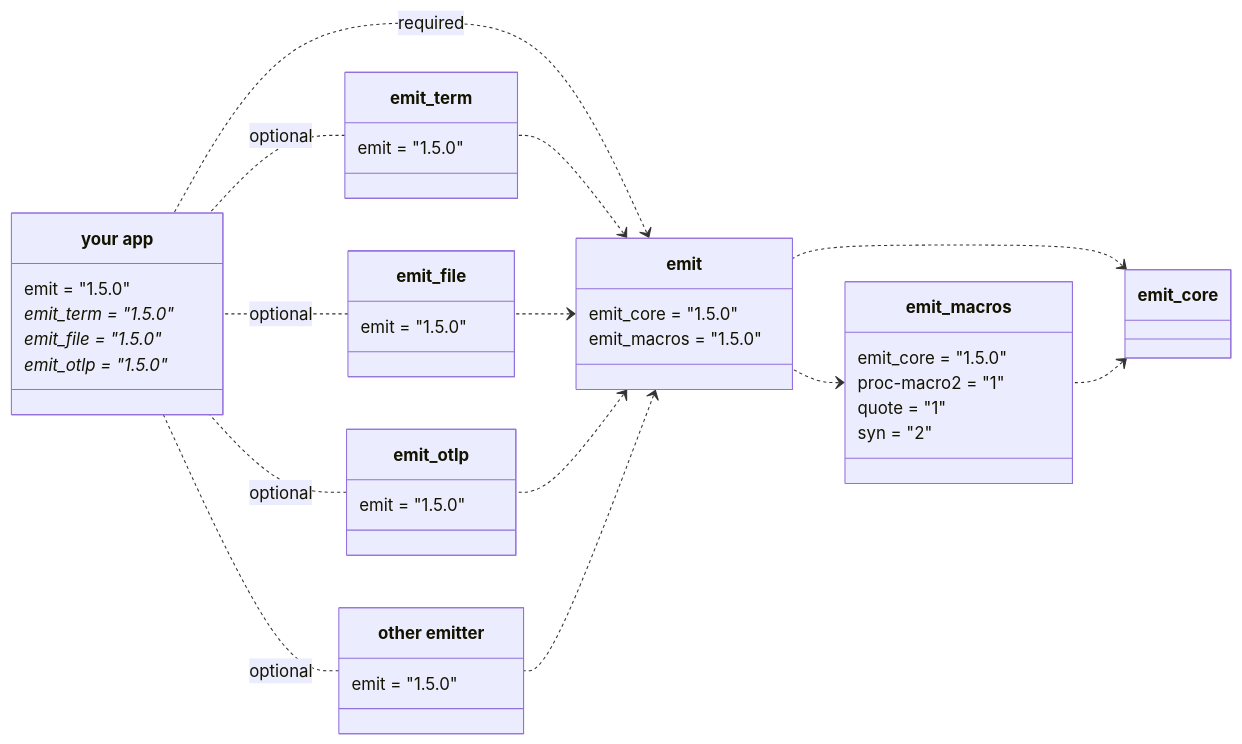
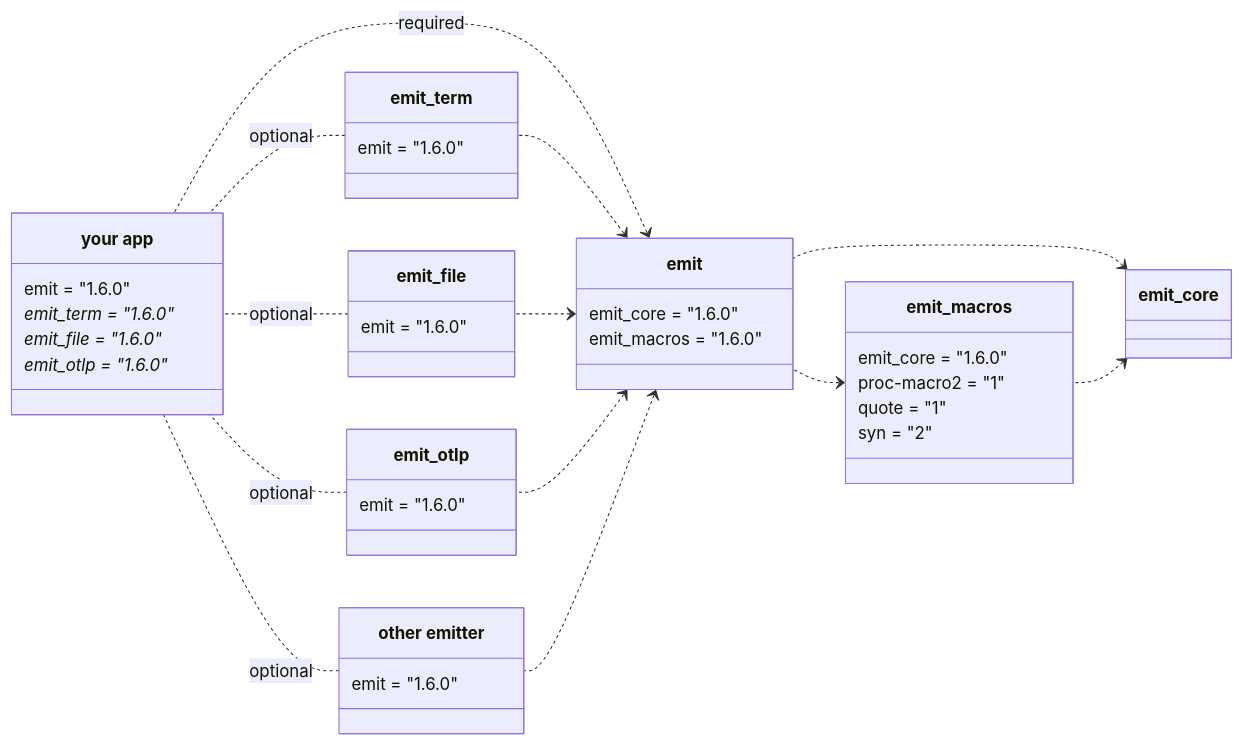
One commit to emit-rs/emit changed the first of 5 diagrams in book/src/reference/architecture.md. Above: the diagram before and after it, drawn with Mermaid. The commit also changed other lines of this file and 61 other files, not shown here.

````diff
--- a/book/src/reference/architecture.md
+++ b/book/src/reference/architecture.md
@@ -9,62 +9,62 @@
 ```mermaid
 classDiagram
     direction RL
     
     emit_core <.. emit_macros
     emit_core <.. emit
     emit_macros <.. emit
 
     class emit_macros {
-        emit_core = "1.5.0"
+        emit_core = "1.6.0"
         proc-macro2 = "1"
         quote = "1"
         syn = "2"
     }
 
     emit <.. emit_term
     emit <.. emit_file
     emit <.. emit_otlp
     emit <.. emit_custom
 
     emit <.. app : required
 
     class emit {
-        emit_core = "1.5.0"
-        emit_macros = "1.5.0"
+        emit_core = "1.6.0"
+        emit_macros = "1.6.0"
     }
 
     emit_term .. app : optional
     emit_file .. app : optional
     emit_otlp .. app : optional
     emit_custom .. app : optional
 
     class emit_term {
-        emit = "1.5.0"
+        emit = "1.6.0"
     }
 
     class emit_file {
-        emit = "1.5.0"
+        emit = "1.6.0"
     }
 
     class emit_otlp {
-        emit = "1.5.0"
+        emit = "1.6.0"
     }
 
     class emit_custom["other emitter"] {
-        emit = "1.5.0"
+        emit = "1.6.0"
     }
 
     class app["your app"] {
-        emit = "1.5.0"
-        emit_term = "1.5.0"*
-        emit_file = "1.5.0"*
-        emit_otlp = "1.5.0"*
+        emit = "1.6.0"
+        emit_term = "1.6.0"*
+        emit_file = "1.6.0"*
+        emit_otlp = "1.6.0"*
     }
 
-    click emit_core href "https://docs.rs/emit_core/1.5.0/emit_core/index.html"
-    click emit_macros href "https://docs.rs/emit_macros/1.5.0/emit_macros/index.html"
-    click emit href "https://docs.rs/emit/1.5.0/emit/index.html"
-    click emit_term href "https://docs.rs/emit_term/1.5.0/emit_term/index.html"
-    click emit_file href "https://docs.rs/emit_file/1.5.0/emit_file/index.html"
-    click emit_otlp href "https://docs.rs/emit_otlp/1.5.0/emit_otlp/index.html"
+    click emit_core href "https://docs.rs/emit_core/1.6.0/emit_core/index.html"
+    click emit_macros href "https://docs.rs/emit_macros/1.6.0/emit_macros/index.html"
+    click emit href "https://docs.rs/emit/1.6.0/emit/index.html"
+    click emit_term href "https://docs.rs/emit_term/1.6.0/emit_term/index.html"
+    click emit_file href "https://docs.rs/emit_file/1.6.0/emit_file/index.html"
+    click emit_otlp href "https://docs.rs/emit_otlp/1.6.0/emit_otlp/index.html"
 ```
````
